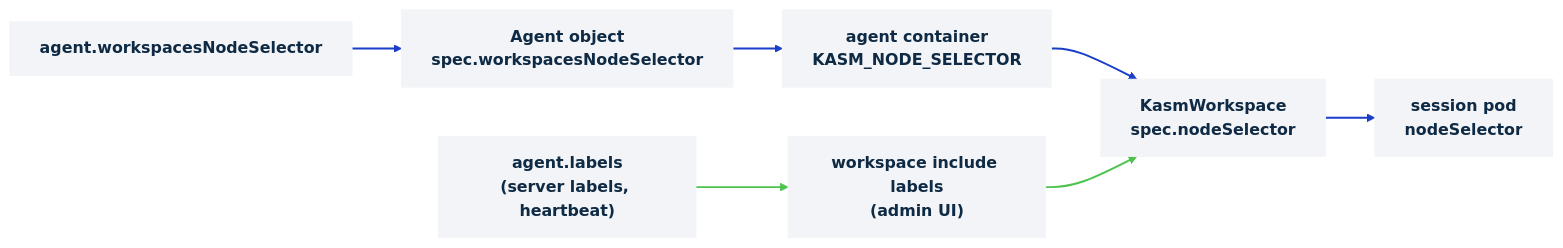
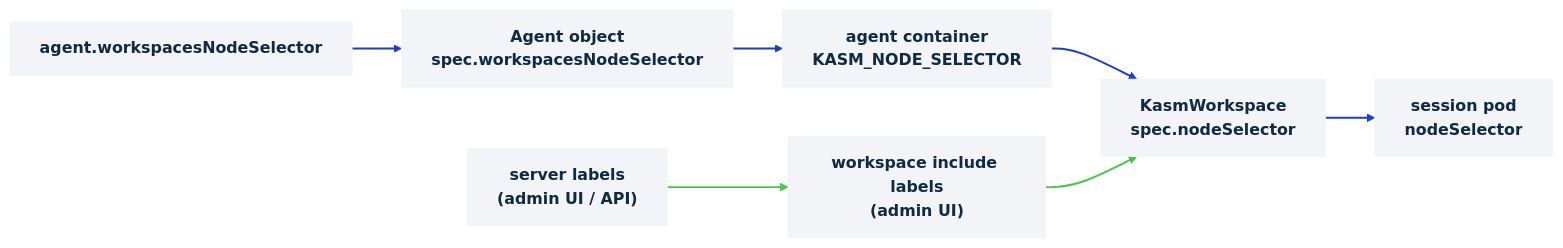
Before and after one commit to kasmtech/kasm-helm: the diagram in docs/how-to/nodes/scope-workspaces-to-nodes.md, drawn with Mermaid. The commit also changed other lines of this file and 8 other files, not shown here.

First line of the commit message:
kasm-agent: drop the server-labels chart value and correct the docs

````diff
--- a/docs/how-to/nodes/scope-workspaces-to-nodes.md
+++ b/docs/how-to/nodes/scope-workspaces-to-nodes.md
@@ -27,17 +27,17 @@
 ```mermaid
 %%{init: {"theme":"base","themeVariables":{"background":"#ffffff","primaryColor":"#f2f4f7","primaryBorderColor":"#f2f4f7","primaryTextColor":"#0f2a44","lineColor":"#0f2a44","clusterBkg":"#ffffff","clusterBorder":"#0f2a44","edgeLabelBackground":"#ffffff","fontFamily":"system-ui, sans-serif"}}}%%
 flowchart LR
   v["agent.workspacesNodeSelector"]:::card
   cr["Agent object<br/>spec.workspacesNodeSelector"]:::card
   env["agent container<br/>KASM_NODE_SELECTOR"]:::card
   ws["KasmWorkspace<br/>spec.nodeSelector"]:::card
   pod["session pod<br/>nodeSelector"]:::card
   ui["workspace include labels<br/>(admin UI)"]:::card
-  srv["agent.labels<br/>(server labels, heartbeat)"]:::card
+  srv["server labels<br/>(admin UI / API)"]:::card
   v --> cr --> env --> ws --> pod
   ui --> ws
   srv --> ui
   classDef card fill:#f2f4f7,stroke:#f2f4f7,color:#0f2a44,font-weight:600
   linkStyle 0,1,2,3 stroke:#1a3ec8,stroke-width:2px
   linkStyle 4,5 stroke:#4cc44c,stroke-width:2px
 ```
````
